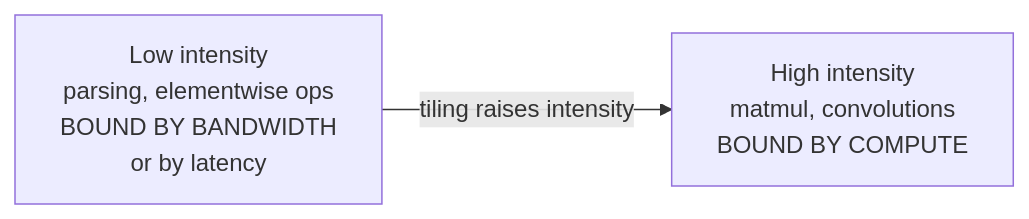
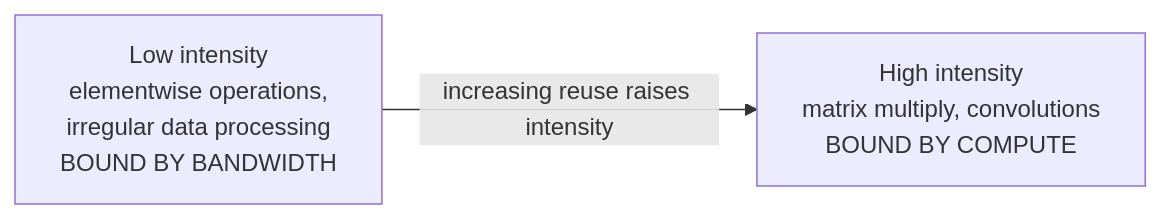
One commit to arpanpathak/cracking-the-systems-programming-interview changed the third of 6 diagrams in systems_design/01-gpu-execution-model.md. Above: the diagram before and after it, drawn with Mermaid. The commit also changed other lines of this file and 6 other files, not shown here.

````diff
--- a/systems_design/01-gpu-execution-model.md
+++ b/systems_design/01-gpu-execution-model.md
@@ -57,6 +96,6 @@
 ```mermaid
 flowchart LR
-    LOW["Low intensity<br/>parsing, elementwise ops<br/>BOUND BY BANDWIDTH<br/>or by latency"]
-    HIGH["High intensity<br/>matmul, convolutions<br/>BOUND BY COMPUTE"]
-    LOW -->|"tiling raises intensity"| HIGH
+    LOW["Low intensity<br/>elementwise operations,<br/>irregular data processing<br/>BOUND BY BANDWIDTH"]
+    HIGH["High intensity<br/>matrix multiply, convolutions<br/>BOUND BY COMPUTE"]
+    LOW -->|"increasing reuse raises intensity"| HIGH
 ```
````
